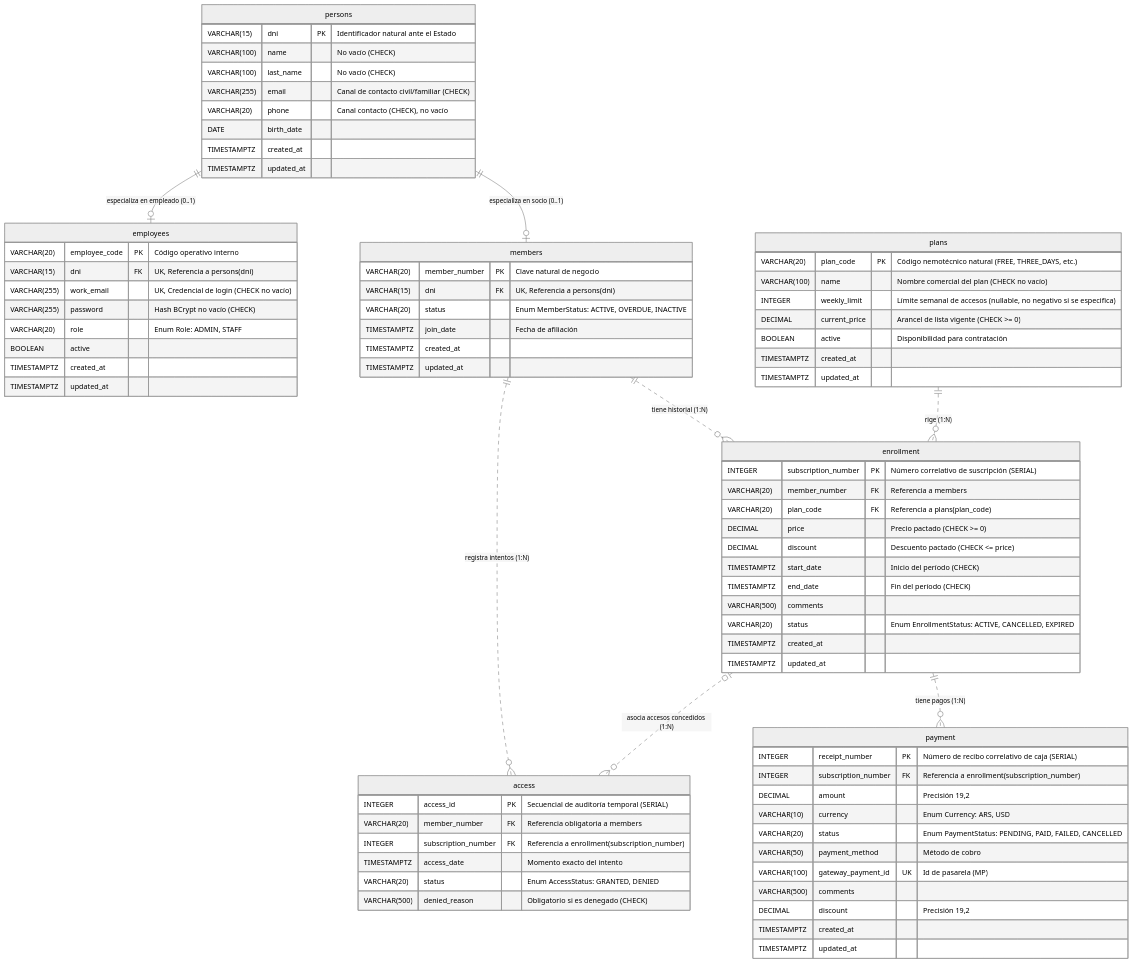
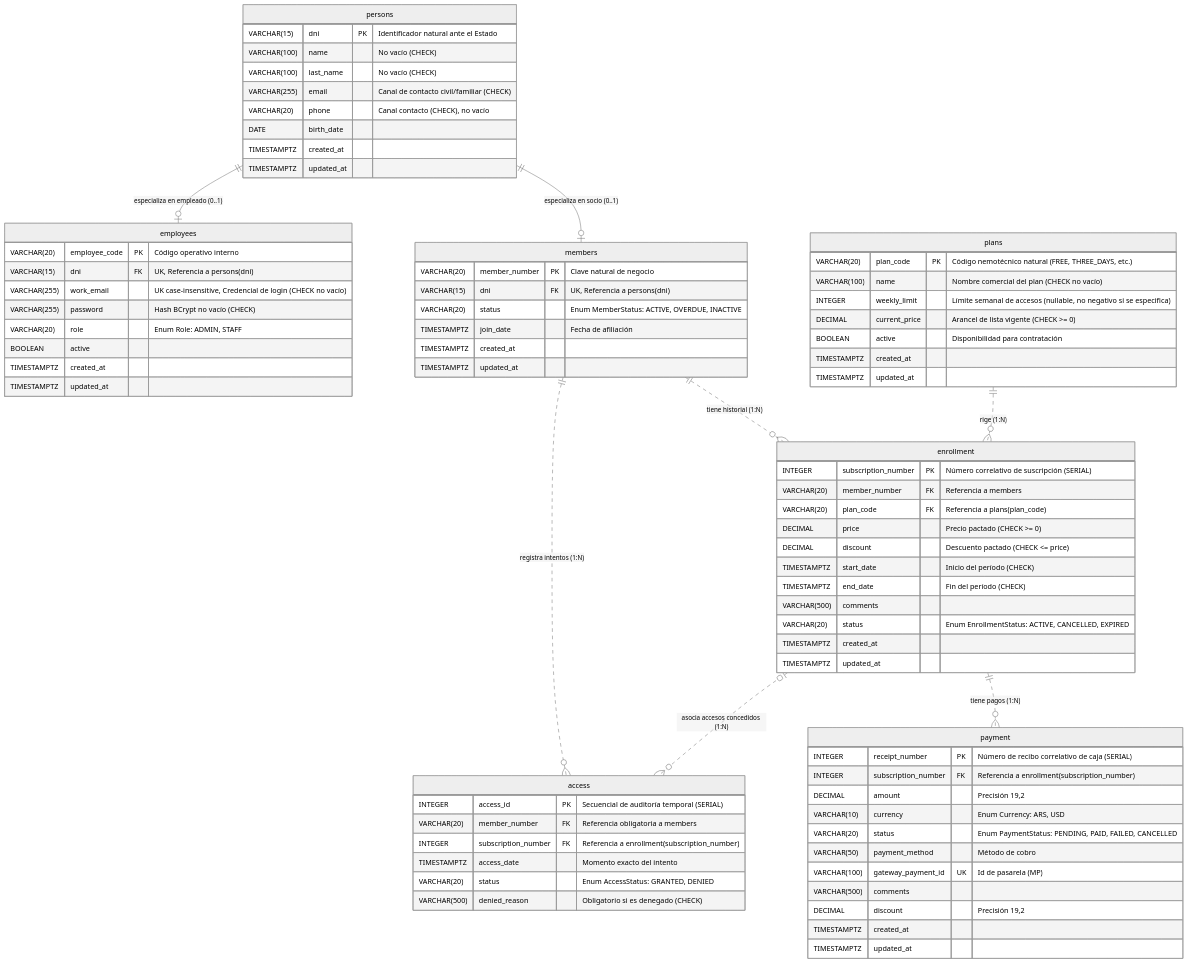
The second of 2 diagrams in docs/entidades.md (santiagovOK/TFI_grupo144), drawn with Mermaid (neutral theme) before and after one commit. The commit also changed other lines of this file and 3 other files, not shown here.

First line of the commit message:
refactor(domain): enforce case-insensitive work email and refine scholarship rules

````diff
--- a/docs/entidades.md
+++ b/docs/entidades.md
@@ -100,81 +100,81 @@
 ```mermaid
 erDiagram
     persons {
         VARCHAR(15) dni PK "Identificador natural ante el Estado"
         VARCHAR(100) name "No vacío (CHECK)"
         VARCHAR(100) last_name "No vacío (CHECK)"
         VARCHAR(255) email "Canal de contacto civil/familiar (CHECK)"
         VARCHAR(20) phone "Canal contacto (CHECK), no vacío"
         DATE birth_date
         TIMESTAMPTZ created_at
         TIMESTAMPTZ updated_at
     }
     members {
         VARCHAR(20) member_number PK "Clave natural de negocio"
         VARCHAR(15) dni FK "UK, Referencia a persons(dni)"
         VARCHAR(20) status "Enum MemberStatus: ACTIVE, OVERDUE, INACTIVE"
         TIMESTAMPTZ join_date "Fecha de afiliación"
         TIMESTAMPTZ created_at
         TIMESTAMPTZ updated_at
     }
     employees {
         VARCHAR(20) employee_code PK "Código operativo interno"
         VARCHAR(15) dni FK "UK, Referencia a persons(dni)"
-        VARCHAR(255) work_email "UK, Credencial de login (CHECK no vacío)"
+        VARCHAR(255) work_email "UK case-insensitive, Credencial de login (CHECK no vacío)"
         VARCHAR(255) password "Hash BCrypt no vacío (CHECK)"
         VARCHAR(20) role "Enum Role: ADMIN, STAFF"
         BOOLEAN active
         TIMESTAMPTZ created_at
         TIMESTAMPTZ updated_at
     }
     plans {
         VARCHAR(20) plan_code PK "Código nemotécnico natural (FREE, THREE_DAYS, etc.)"
         VARCHAR(100) name "Nombre comercial del plan (CHECK no vacío)"
         INTEGER weekly_limit "Límite semanal de accesos (nullable, no negativo si se especifica)"
         DECIMAL current_price "Arancel de lista vigente (CHECK >= 0)"
         BOOLEAN active "Disponibilidad para contratación"
         TIMESTAMPTZ created_at
         TIMESTAMPTZ updated_at
     }
     enrollment {
         INTEGER subscription_number PK "Número correlativo de suscripción (SERIAL)"
         VARCHAR(20) member_number FK "Referencia a members"
         VARCHAR(20) plan_code FK "Referencia a plans(plan_code)"
         DECIMAL price "Precio pactado (CHECK >= 0)"
         DECIMAL discount "Descuento pactado (CHECK <= price)"
         TIMESTAMPTZ start_date "Inicio del período (CHECK)"
         TIMESTAMPTZ end_date "Fin del período (CHECK)"
         VARCHAR(500) comments
         VARCHAR(20) status "Enum EnrollmentStatus: ACTIVE, CANCELLED, EXPIRED"
         TIMESTAMPTZ created_at
         TIMESTAMPTZ updated_at
     }
     payment {
         INTEGER receipt_number PK "Número de recibo correlativo de caja (SERIAL)"
         INTEGER subscription_number FK "Referencia a enrollment(subscription_number)"
         DECIMAL amount "Precisión 19,2"
         VARCHAR(10) currency "Enum Currency: ARS, USD"
         VARCHAR(20) status "Enum PaymentStatus: PENDING, PAID, FAILED, CANCELLED"
         VARCHAR(50) payment_method "Método de cobro"
         VARCHAR(100) gateway_payment_id UK "Id de pasarela (MP)"
         VARCHAR(500) comments
         DECIMAL discount "Precisión 19,2"
         TIMESTAMPTZ created_at
         TIMESTAMPTZ updated_at
     }
     access {
         INTEGER access_id PK "Secuencial de auditoría temporal (SERIAL)"
         VARCHAR(20) member_number FK "Referencia obligatoria a members"
         INTEGER subscription_number FK "Referencia a enrollment(subscription_number)"
         TIMESTAMPTZ access_date "Momento exacto del intento"
         VARCHAR(20) status "Enum AccessStatus: GRANTED, DENIED"
         VARCHAR(500) denied_reason "Obligatorio si es denegado (CHECK)"
     }
     persons ||--|o members : "especializa en socio (0..1)"
     persons ||--|o employees : "especializa en empleado (0..1)"
     plans ||..o{ enrollment : "rige (1:N)"
     members ||..o{ enrollment : "tiene historial (1:N)"
     members ||..o{ access : "registra intentos (1:N)"
     enrollment ||..o{ payment : "tiene pagos (1:N)"
     enrollment |o..o{ access : "asocia accesos concedidos (1:N)"
 ```
````
